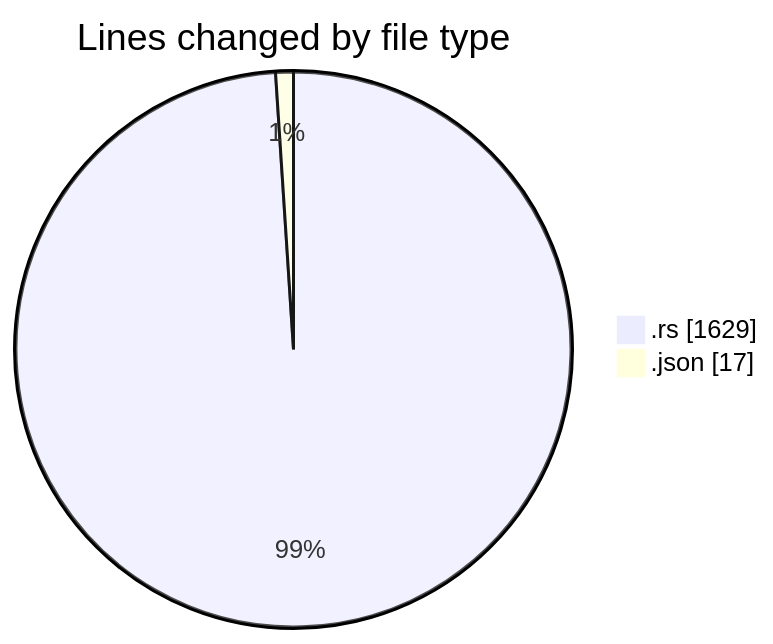
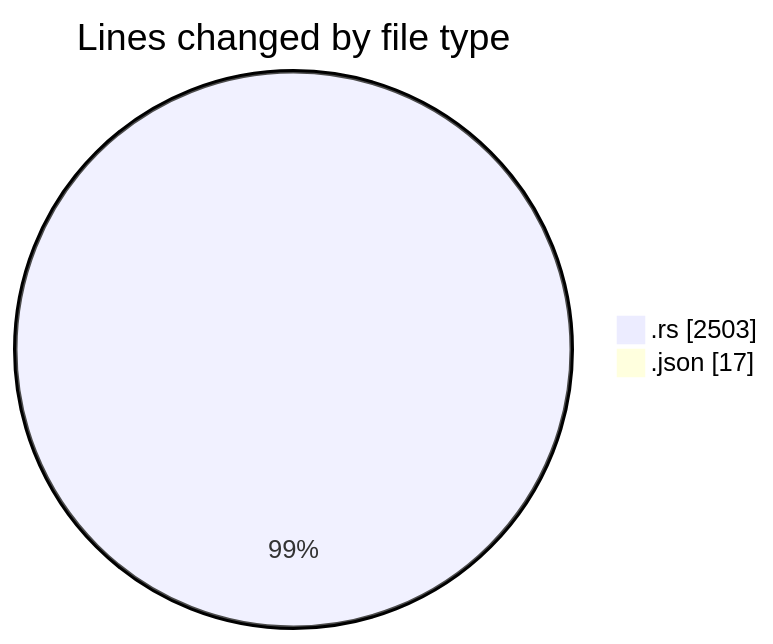
The first of 2 diagrams in 2025-12-28/rust/README.md (Ritupan-Deka/code-tracking), drawn with Mermaid before and after one commit. The commit also changed other lines of this file and 1 other file, not shown here.

````diff
--- a/2025-12-28/rust/README.md
+++ b/2025-12-28/rust/README.md
@@ -21,6 +21,6 @@
 ```mermaid
 pie showData
 title Lines changed by file type
-".rs" : 1629
+".rs" : 2503
 ".json" : 17
 ```
````
